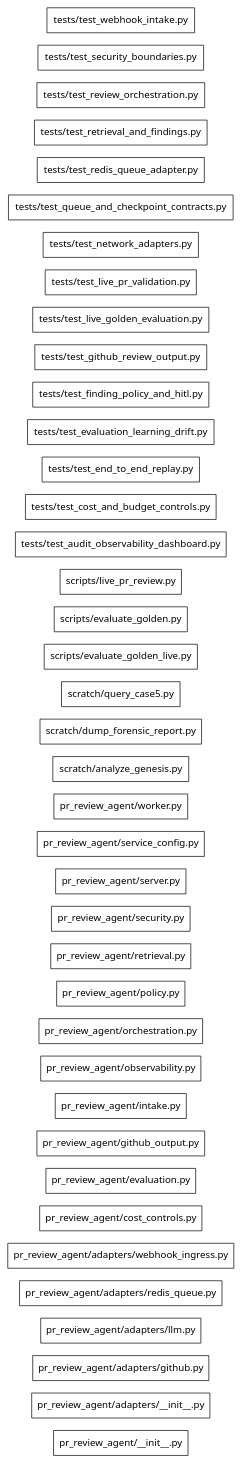
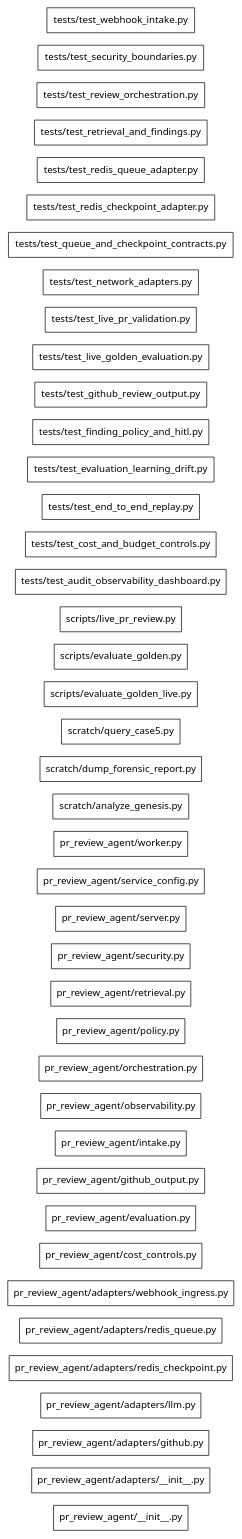
The diagram in .genesis/index/graph.dot (Ayush-Kant/PR-Review-Agent), drawn with Graphviz before and after one commit. The commit also changed 15 other files, not shown here.

Commit message:
feat(checkpoint): implement Redis LangGraph workflow checkpoint adapter (W1-04)

```diff
--- a/.genesis/index/graph.dot
+++ b/.genesis/index/graph.dot
@@ -1,44 +1,46 @@
 digraph genesis {
   rankdir=LR;
   node [shape=box,fontname="system-ui"];
   "file:pr_review_agent/__init__.py" [label="pr_review_agent/__init__.py",class="file"];
   "file:pr_review_agent/adapters/__init__.py" [label="pr_review_agent/adapters/__init__.py",class="file"];
   "file:pr_review_agent/adapters/github.py" [label="pr_review_agent/adapters/github.py",class="file"];
   "file:pr_review_agent/adapters/llm.py" [label="pr_review_agent/adapters/llm.py",class="file"];
+  "file:pr_review_agent/adapters/redis_checkpoint.py" [label="pr_review_agent/adapters/redis_checkpoint.py",class="file"];
   "file:pr_review_agent/adapters/redis_queue.py" [label="pr_review_agent/adapters/redis_queue.py",class="file"];
   "file:pr_review_agent/adapters/webhook_ingress.py" [label="pr_review_agent/adapters/webhook_ingress.py",class="file"];
   "file:pr_review_agent/cost_controls.py" [label="pr_review_agent/cost_controls.py",class="file"];
   "file:pr_review_agent/evaluation.py" [label="pr_review_agent/evaluation.py",class="file"];
   "file:pr_review_agent/github_output.py" [label="pr_review_agent/github_output.py",class="file"];
   "file:pr_review_agent/intake.py" [label="pr_review_agent/intake.py",class="file"];
   "file:pr_review_agent/observability.py" [label="pr_review_agent/observability.py",class="file"];
   "file:pr_review_agent/orchestration.py" [label="pr_review_agent/orchestration.py",class="file"];
   "file:pr_review_agent/policy.py" [label="pr_review_agent/policy.py",class="file"];
   "file:pr_review_agent/retrieval.py" [label="pr_review_agent/retrieval.py",class="file"];
   "file:pr_review_agent/security.py" [label="pr_review_agent/security.py",class="file"];
   "file:pr_review_agent/server.py" [label="pr_review_agent/server.py",class="file"];
   "file:pr_review_agent/service_config.py" [label="pr_review_agent/service_config.py",class="file"];
   "file:pr_review_agent/worker.py" [label="pr_review_agent/worker.py",class="file"];
   "file:scratch/analyze_genesis.py" [label="scratch/analyze_genesis.py",class="file"];
   "file:scratch/dump_forensic_report.py" [label="scratch/dump_forensic_report.py",class="file"];
   "file:scratch/query_case5.py" [label="scratch/query_case5.py",class="file"];
   "file:scripts/evaluate_golden_live.py" [label="scripts/evaluate_golden_live.py",class="file"];
   "file:scripts/evaluate_golden.py" [label="scripts/evaluate_golden.py",class="file"];
   "file:scripts/live_pr_review.py" [label="scripts/live_pr_review.py",class="file"];
   "file:tests/test_audit_observability_dashboard.py" [label="tests/test_audit_observability_dashboard.py",class="file"];
   "file:tests/test_cost_and_budget_controls.py" [label="tests/test_cost_and_budget_controls.py",class="file"];
   "file:tests/test_end_to_end_replay.py" [label="tests/test_end_to_end_replay.py",class="file"];
   "file:tests/test_evaluation_learning_drift.py" [label="tests/test_evaluation_learning_drift.py",class="file"];
   "file:tests/test_finding_policy_and_hitl.py" [label="tests/test_finding_policy_and_hitl.py",class="file"];
   "file:tests/test_github_review_output.py" [label="tests/test_github_review_output.py",class="file"];
   "file:tests/test_live_golden_evaluation.py" [label="tests/test_live_golden_evaluation.py",class="file"];
   "file:tests/test_live_pr_validation.py" [label="tests/test_live_pr_validation.py",class="file"];
   "file:tests/test_network_adapters.py" [label="tests/test_network_adapters.py",class="file"];
   "file:tests/test_queue_and_checkpoint_contracts.py" [label="tests/test_queue_and_checkpoint_contracts.py",class="file"];
+  "file:tests/test_redis_checkpoint_adapter.py" [label="tests/test_redis_checkpoint_adapter.py",class="file"];
   "file:tests/test_redis_queue_adapter.py" [label="tests/test_redis_queue_adapter.py",class="file"];
   "file:tests/test_retrieval_and_findings.py" [label="tests/test_retrieval_and_findings.py",class="file"];
   "file:tests/test_review_orchestration.py" [label="tests/test_review_orchestration.py",class="file"];
   "file:tests/test_security_boundaries.py" [label="tests/test_security_boundaries.py",class="file"];
   "file:tests/test_webhook_intake.py" [label="tests/test_webhook_intake.py",class="file"];
 
 }
```
